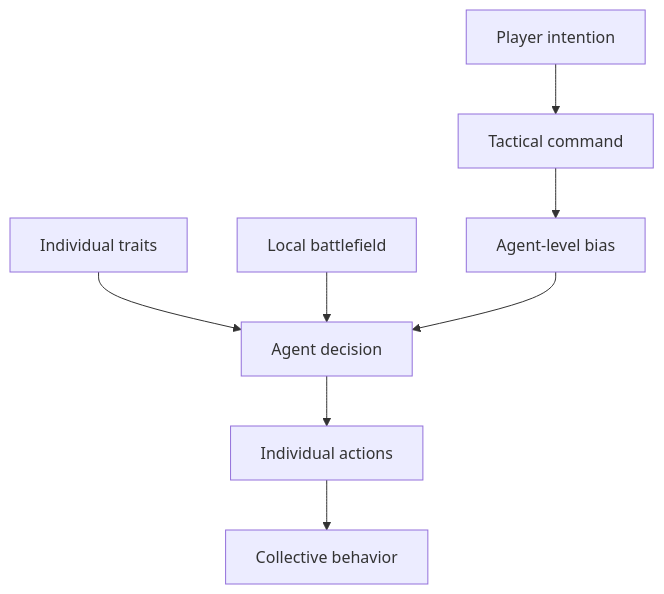
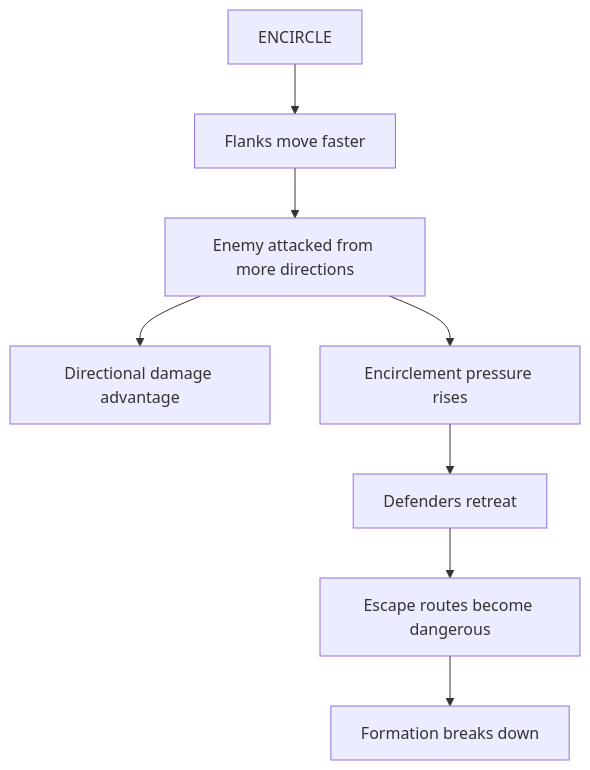
The ninth of 9 diagrams in README.md (memem47/AlifeBattle), drawn with Mermaid before and after one commit. The commit also changed other lines of this file and 2 other files, not shown here.

First line of the commit message:
Fix combat update-order and encirclement tactics

````diff
--- a/README.md
+++ b/README.md
@@ -774,12 +1120,10 @@
 ```mermaid
 flowchart TD
-    A[Player intention] --> B[Tactical command]
-    B --> C[Agent-level bias]
-
-    D[Individual traits] --> E[Agent decision]
-    F[Local battlefield] --> E
-    C --> E
-
-    E --> G[Individual actions]
-    G --> H[Collective behavior]
+    A[ENCIRCLE] --> B[Flanks move faster]
+    B --> C[Enemy attacked from more directions]
+    C --> D[Directional damage advantage]
+    C --> E[Encirclement pressure rises]
+    E --> F[Defenders retreat]
+    F --> G[Escape routes become dangerous]
+    G --> H[Formation breaks down]
 ```
````
